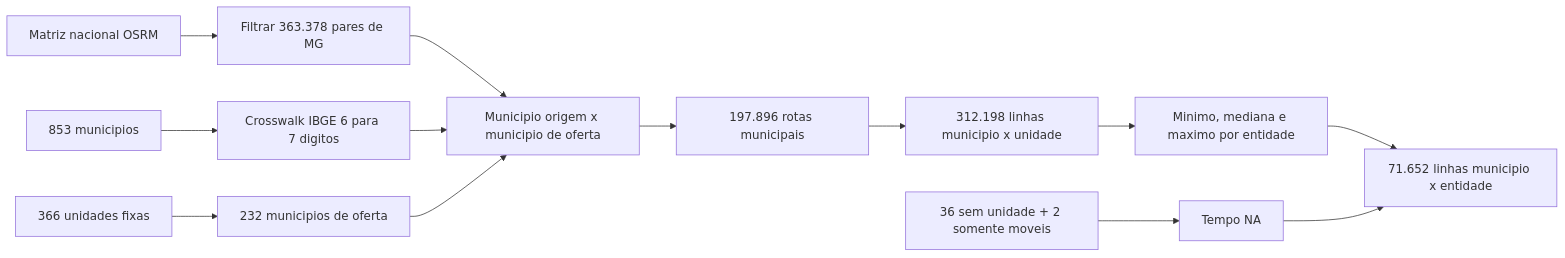
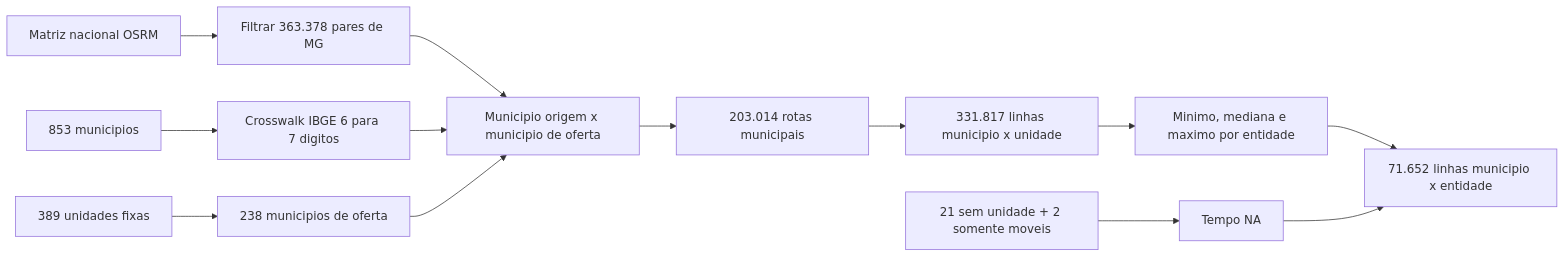
The fifth of 7 diagrams in analises/modelo_gravitacional_saude/METODOLOGIA_GERAL.md (driano1221/consorcios-mg-dados-territorio), drawn with Mermaid before and after one commit. The commit also changed other lines of this file and 21 other files, not shown here.

````diff
--- a/analises/modelo_gravitacional_saude/METODOLOGIA_GERAL.md
+++ b/analises/modelo_gravitacional_saude/METODOLOGIA_GERAL.md
@@ -419,15 +419,15 @@
 ```mermaid
 flowchart LR
     A["Matriz nacional OSRM"] --> B["Filtrar 363.378 pares de MG"]
     C["853 municipios"] --> D["Crosswalk IBGE 6 para 7 digitos"]
-    E["366 unidades fixas"] --> F["232 municipios de oferta"]
+    E["389 unidades fixas"] --> F["238 municipios de oferta"]
     B --> G["Municipio origem x municipio de oferta"]
     D --> G
     F --> G
-    G --> H["197.896 rotas municipais"]
-    H --> I["312.198 linhas municipio x unidade"]
+    G --> H["203.014 rotas municipais"]
+    H --> I["331.817 linhas municipio x unidade"]
     I --> J["Minimo, mediana e maximo por entidade"]
-    K["36 sem unidade + 2 somente moveis"] --> L["Tempo NA"]
+    K["21 sem unidade + 2 somente moveis"] --> L["Tempo NA"]
     J --> M["71.652 linhas municipio x entidade"]
     L --> M
 ```
````
